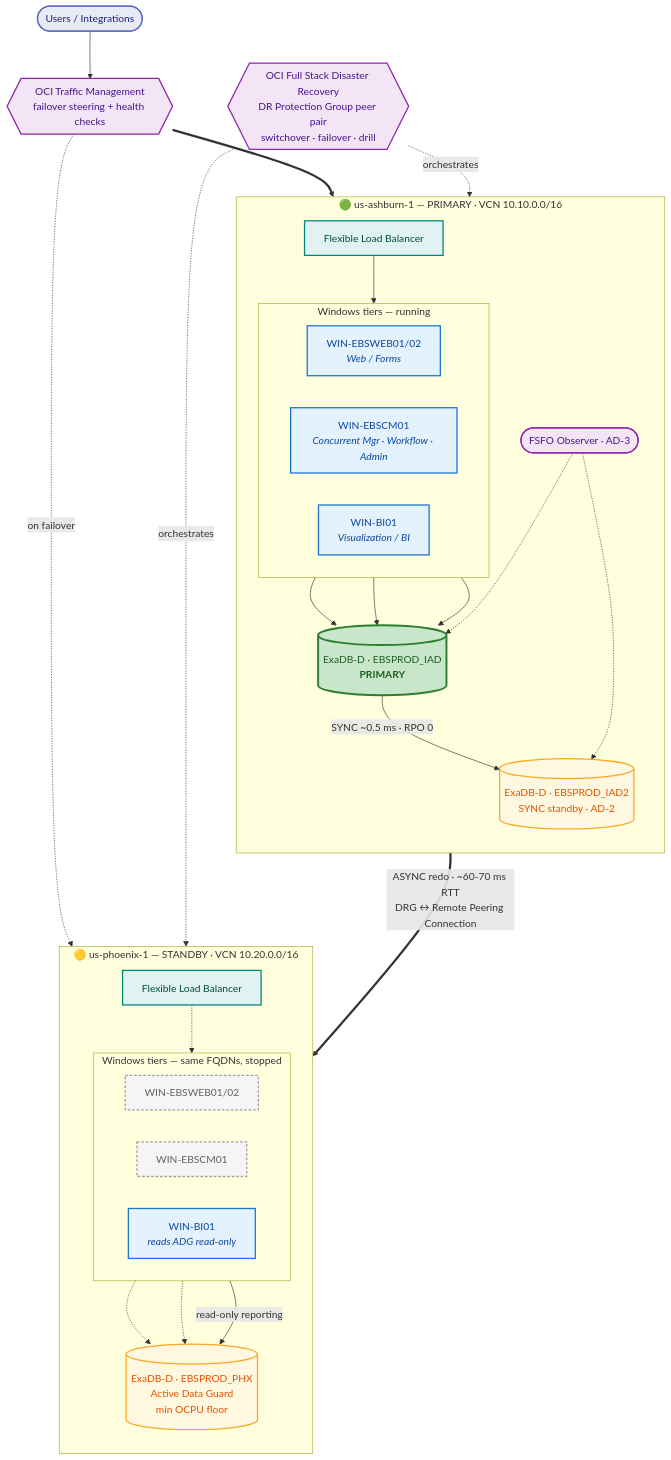
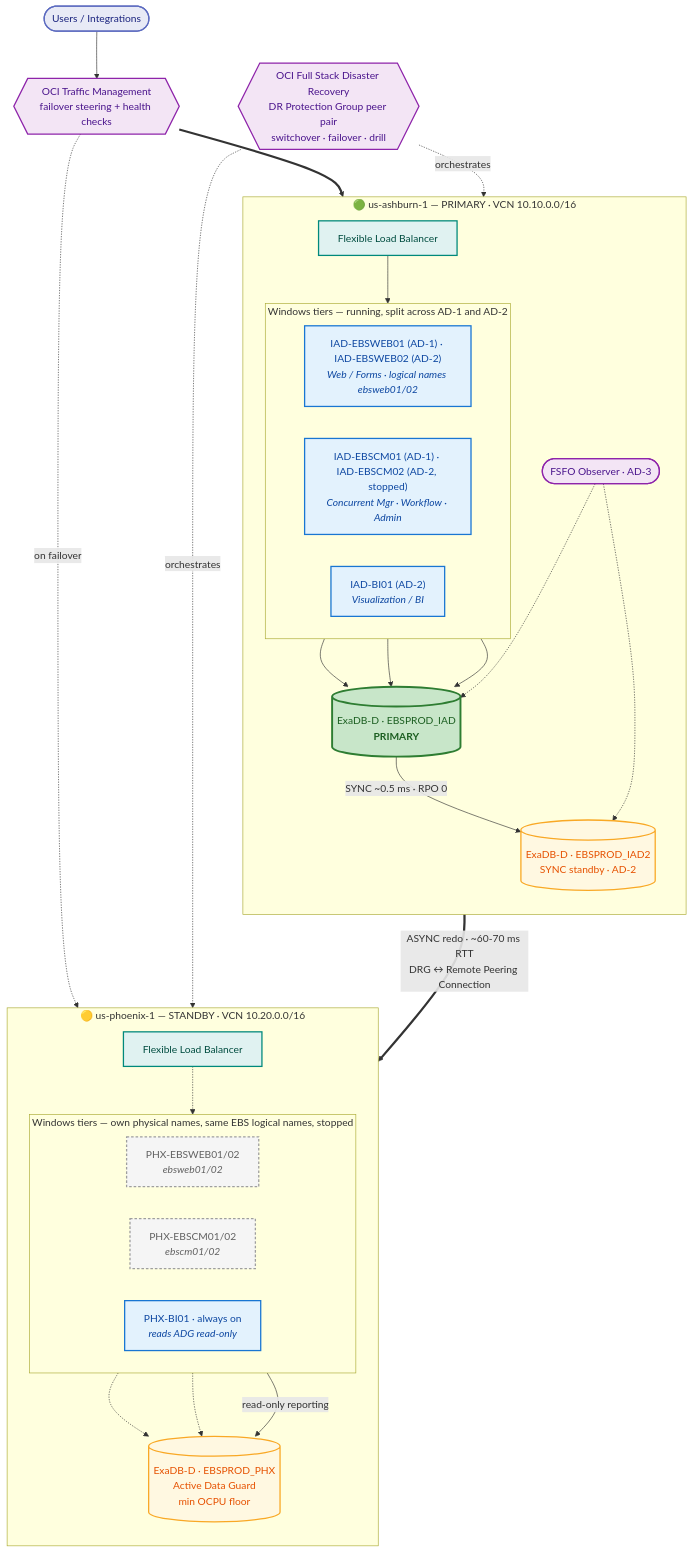
Before and after one commit to opscontinuum/oci-itscp: the diagram in docs/01-architecture.md, drawn with Mermaid. The commit also changed other lines of this file and 29 other files, not shown here.

````diff
--- a/docs/01-architecture.md
+++ b/docs/01-architecture.md
@@ -26,57 +26,57 @@
 ```mermaid
 flowchart TB
     USER([Users / Integrations]):::ext
     TM{{"OCI Traffic Management<br/>failover steering + health checks"}}:::ctrl
     USER --> TM
 
     subgraph IAD["🟢 us-ashburn-1 — PRIMARY · VCN 10.10.0.0/16"]
         direction TB
         LBI["Flexible Load Balancer"]:::net
-        subgraph IADAPP["Windows tiers — running"]
+        subgraph IADAPP["Windows tiers — running, split across AD-1 and AD-2"]
             direction LR
-            WEBI["WIN-EBSWEB01/02<br/><i>Web / Forms</i>"]:::win
-            CMI["WIN-EBSCM01<br/><i>Concurrent Mgr · Workflow · Admin</i>"]:::win
-            BII["WIN-BI01<br/><i>Visualization / BI</i>"]:::win
+            WEBI["IAD-EBSWEB01 (AD-1) · IAD-EBSWEB02 (AD-2)<br/><i>Web / Forms · logical names ebsweb01/02</i>"]:::win
+            CMI["IAD-EBSCM01 (AD-1) · IAD-EBSCM02 (AD-2, stopped)<br/><i>Concurrent Mgr · Workflow · Admin</i>"]:::win
+            BII["IAD-BI01 (AD-2)<br/><i>Visualization / BI</i>"]:::win
         end
         DB1[("ExaDB-D · EBSPROD_IAD<br/><b>PRIMARY</b>")]:::dbp
         DB2[("ExaDB-D · EBSPROD_IAD2<br/>SYNC standby · AD-2")]:::dbs
         OBS(["FSFO Observer · AD-3"]):::ctrl
         LBI --> WEBI --> DB1
         CMI --> DB1
         BII --> DB1
         DB1 -- "SYNC ~0.5 ms · RPO 0" --> DB2
         OBS -.-> DB1
         OBS -.-> DB2
     end
 
     subgraph PHX["🟡 us-phoenix-1 — STANDBY · VCN 10.20.0.0/16"]
         direction TB
         LBP["Flexible Load Balancer"]:::net
-        subgraph PHXAPP["Windows tiers — same FQDNs, stopped"]
+        subgraph PHXAPP["Windows tiers — own physical names, same EBS logical names, stopped"]
             direction LR
-            WEBP["WIN-EBSWEB01/02"]:::winoff
-            CMP["WIN-EBSCM01"]:::winoff
-            BIP["WIN-BI01<br/><i>reads ADG read-only</i>"]:::win
+            WEBP["PHX-EBSWEB01/02<br/><i>ebsweb01/02</i>"]:::winoff
+            CMP["PHX-EBSCM01/02<br/><i>ebscm01/02</i>"]:::winoff
+            BIP["PHX-BI01 · always on<br/><i>reads ADG read-only</i>"]:::win
         end
         DB3[("ExaDB-D · EBSPROD_PHX<br/>Active Data Guard<br/>min OCPU floor")]:::dbs
         LBP -.-> WEBP -.-> DB3
         CMP -.-> DB3
         BIP -- "read-only reporting" --> DB3
     end
 
     TM ==> LBI
     TM -. "on failover" .-> LBP
     DB1 == "ASYNC redo · ~60-70 ms RTT<br/>DRG ↔ Remote Peering Connection" ==> DB3
 
     FSDR{{"OCI Full Stack Disaster Recovery<br/>DR Protection Group peer pair<br/>switchover · failover · drill"}}:::ctrl
     FSDR -.orchestrates.-> IAD
     FSDR -.orchestrates.-> PHX
 
     classDef ext fill:#e8eaf6,stroke:#5c6bc0,stroke-width:2px,color:#1a237e
     classDef net fill:#e0f2f1,stroke:#00897b,stroke-width:2px,color:#004d40
     classDef win fill:#e3f2fd,stroke:#1976d2,stroke-width:2px,color:#0d47a1
     classDef winoff fill:#f5f5f5,stroke:#9e9e9e,stroke-width:2px,stroke-dasharray:4 3,color:#616161
     classDef dbp fill:#c8e6c9,stroke:#2e7d32,stroke-width:3px,color:#1b5e20
     classDef dbs fill:#fff8e1,stroke:#f9a825,stroke-width:2px,color:#e65100
     classDef ctrl fill:#f3e5f5,stroke:#8e24aa,stroke-width:2px,color:#4a148c
 ```
````
